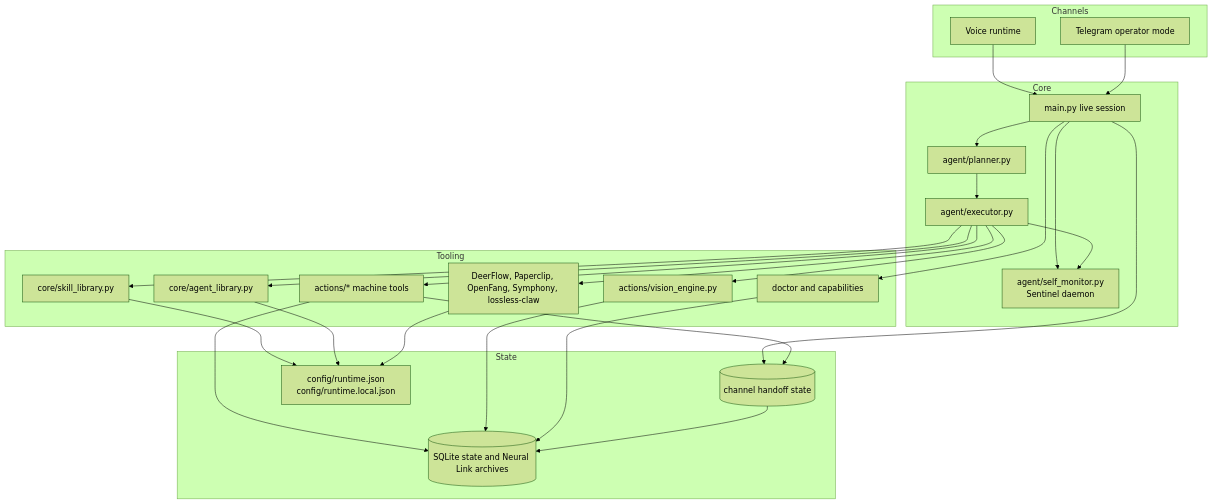
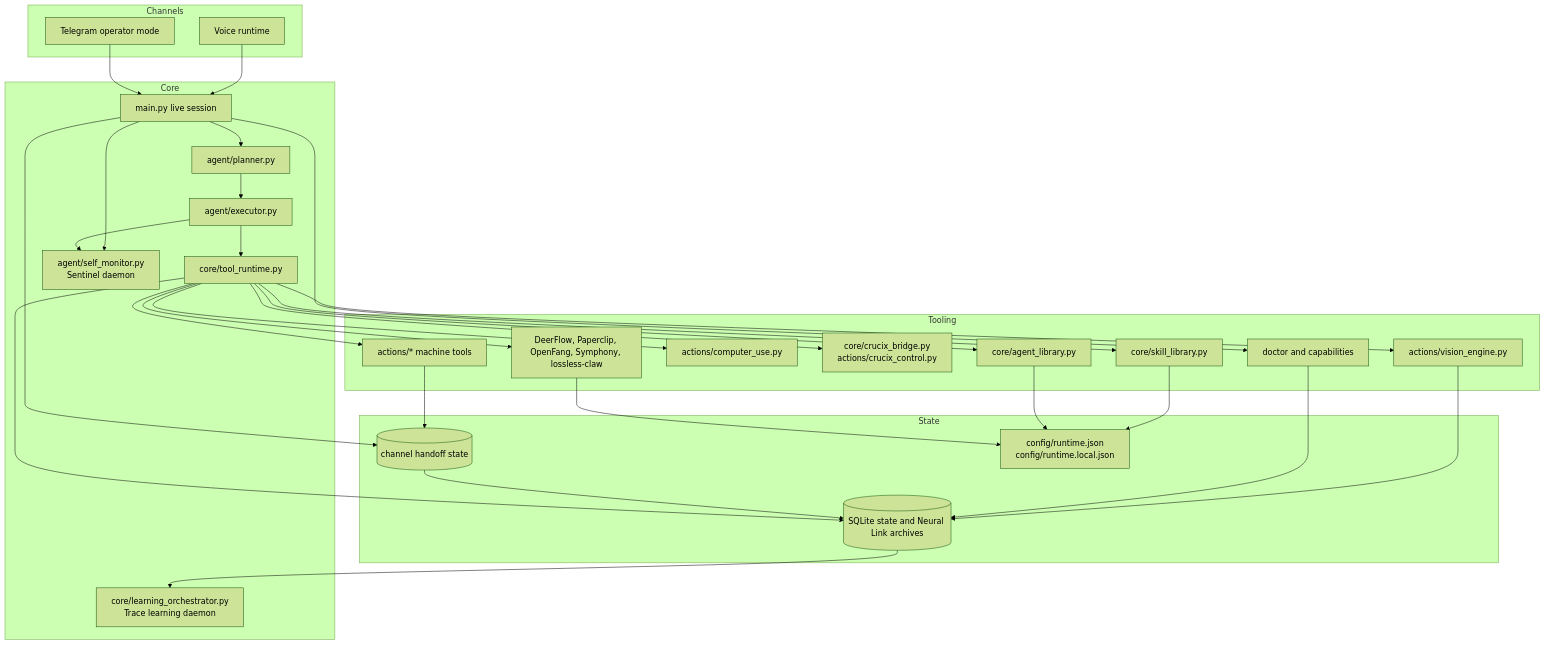
One commit to moyesrex-ops/Axiom changed the second of 4 diagrams in README.md. Above: the diagram before and after it, drawn with Mermaid (forest theme). The commit also changed other lines of this file and 21 other files, not shown here.

Commit message:
Unify tool runtime and add learning plus Crucix integration

````diff
--- a/README.md
+++ b/README.md
@@ -162,47 +174,55 @@
 ```mermaid
 flowchart TB
     subgraph Channels
         Voice[Voice runtime]
         Telegram[Telegram operator mode]
     end
     subgraph Core
         Main[main.py live session]
         Planner[agent/planner.py]
         Executor[agent/executor.py]
+        Runtime[core/tool_runtime.py]
         Monitor[agent/self_monitor.py<br/>Sentinel daemon]
+        Learning[core/learning_orchestrator.py<br/>Trace learning daemon]
     end
     subgraph Tooling
         Actions[actions/* machine tools]
         Vision[actions/vision_engine.py]
+        ComputerUse[actions/computer_use.py]
+        Crucix[core/crucix_bridge.py<br/>actions/crucix_control.py]
         Skills[core/skill_library.py]
         Agents[core/agent_library.py]
         Bridges[DeerFlow, Paperclip, OpenFang, Symphony, lossless-claw]
         Doctor[doctor and capabilities]
     end
     subgraph State
         Memory[(SQLite state and Neural Link archives)]
         ChannelState[(channel handoff state)]
         Config[config/runtime.json<br/>config/runtime.local.json]
     end
 
     Voice --> Main
     Telegram --> Main
     Main --> Planner --> Executor
+    Executor --> Runtime
     Main --> Monitor
     Executor --> Monitor
     Main --> ChannelState
-    Executor --> Actions
-    Executor --> Vision
-    Executor --> Skills
-    Executor --> Agents
-    Executor --> Bridges
+    Runtime --> Actions
+    Runtime --> Vision
+    Runtime --> ComputerUse
+    Runtime --> Crucix
+    Runtime --> Skills
+    Runtime --> Agents
+    Runtime --> Bridges
     Main --> Doctor
-    Actions --> Memory
+    Runtime --> Memory
     Actions --> ChannelState
     Vision --> Memory
+    Memory --> Learning
     Skills --> Config
     Agents --> Config
     Bridges --> Config
     Doctor --> Memory
     ChannelState --> Memory
 ```
````
